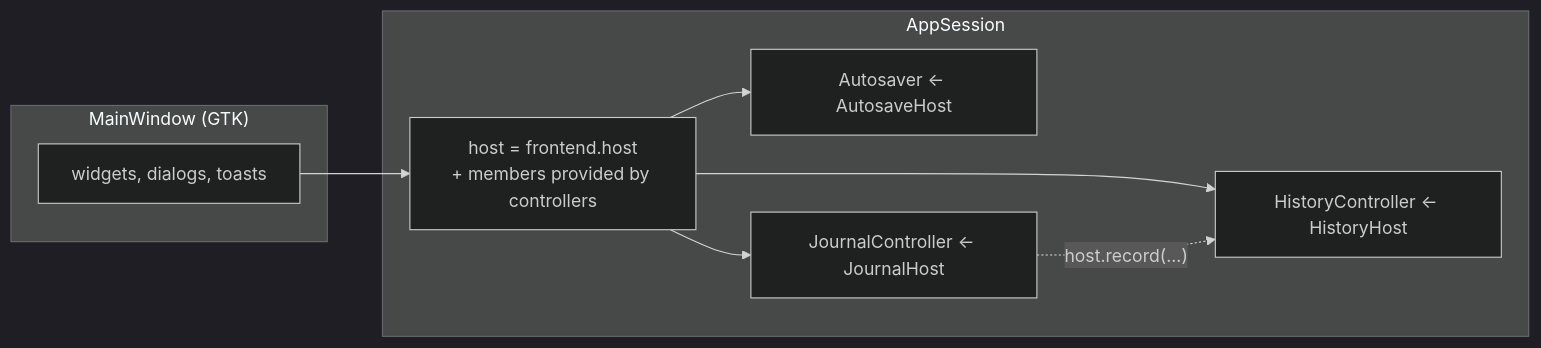
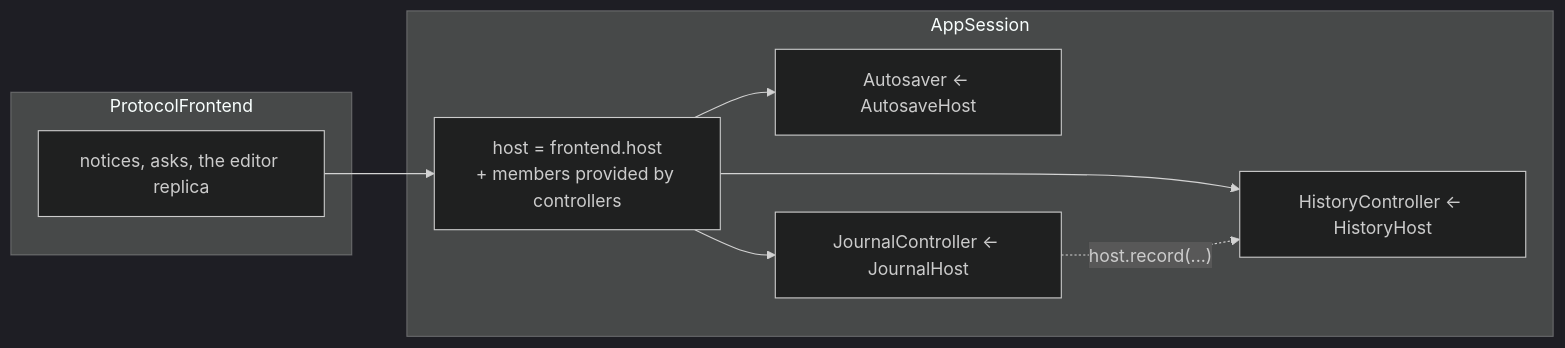
One commit to EkaPutCom/markwork changed the fifth of 16 diagrams in docs/ONBOARDING.md. Above: the diagram before and after it, drawn with Mermaid (dark theme). The commit also changed other lines of this file and 111 other files, not shown here.

````diff
--- a/docs/ONBOARDING.md
+++ b/docs/ONBOARDING.md
@@ -251,17 +216,17 @@
 ```mermaid
 flowchart LR
-    subgraph Frontend["MainWindow (GTK)"]
-        W1["widgets, dialogs, toasts"]
+    subgraph Frontend["ProtocolFrontend"]
+        W1["notices, asks, the editor replica"]
     end
     subgraph Session["AppSession"]
         H["host = frontend.host<br/>+ members provided by controllers"]
         C1["Autosaver ← AutosaveHost"]
         C2["JournalController ← JournalHost"]
         C3["HistoryController ← HistoryHost"]
     end
     W1 --> H
     H --> C1
     H --> C2
     H --> C3
     C2 -. "host.record(...)" .-> C3
 ```
````
